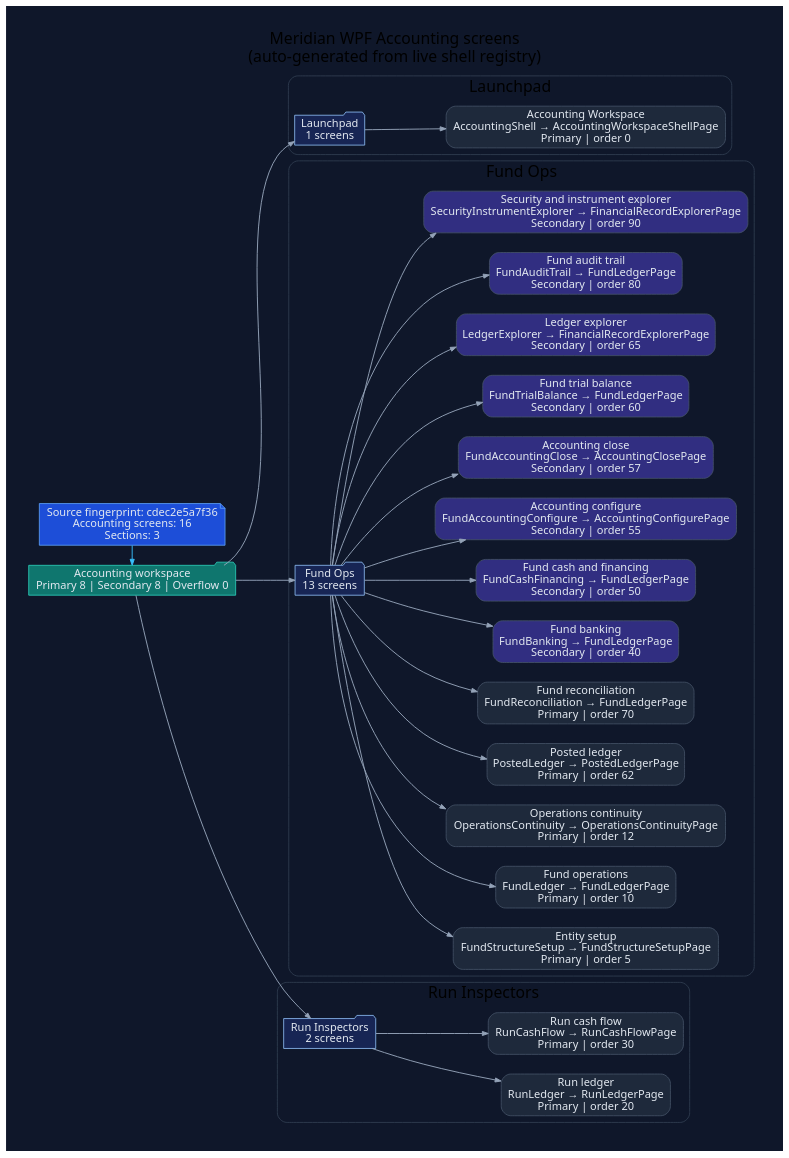
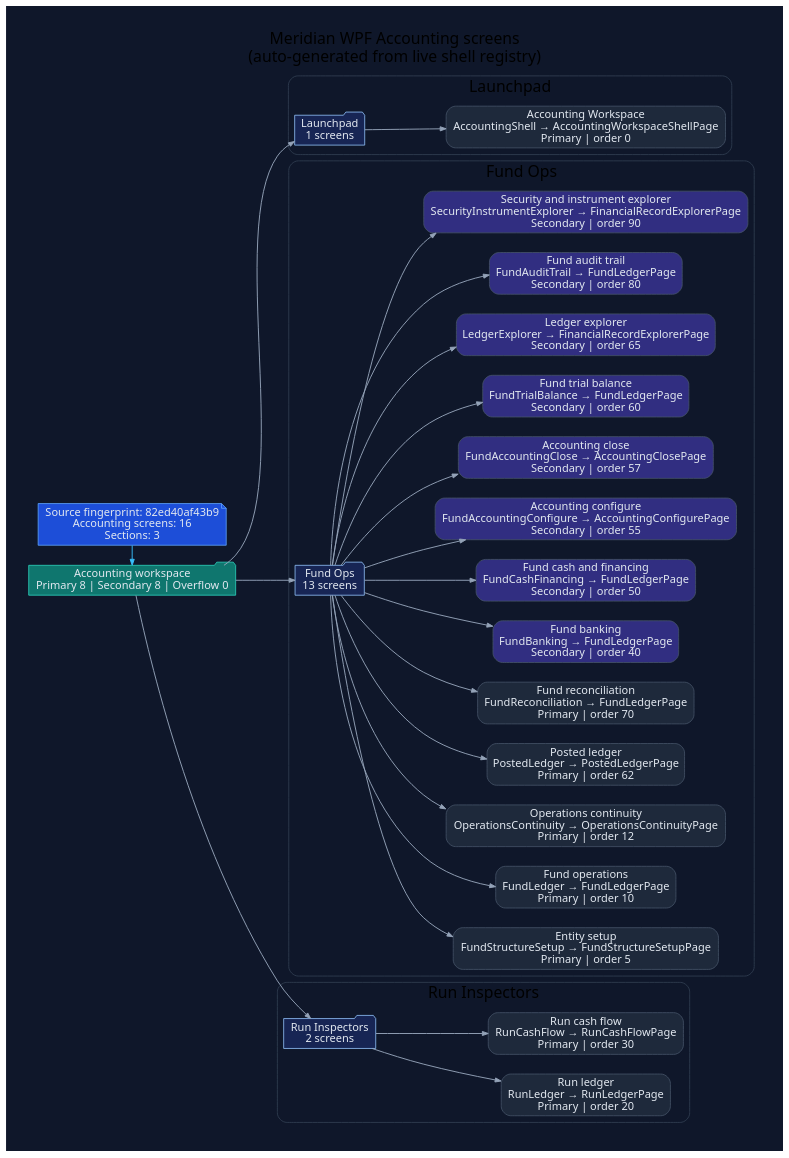
One commit to rodoHasArrived/Meridian-main changed the diagram in docs/diagrams/ui/ui-wpf-screens-accounting.dot. Above: the diagram before and after it, drawn with Graphviz. The commit also changed 49 other files, not shown here.

Commit message:
Refresh generated API coverage and workstation diagrams

```diff
--- a/docs/diagrams/ui/ui-wpf-screens-accounting.dot
+++ b/docs/diagrams/ui/ui-wpf-screens-accounting.dot
@@ -1,82 +1,82 @@
 // -----------------------------------------------------------------------------
 // <auto-generated>
 // Generated by scripts/generate-diagrams.mjs.
 // Do not edit this file directly; update the WPF source files instead.
 // -----------------------------------------------------------------------------
 digraph WpfAccountingScreens {
   graph [
     rankdir=LR,
     labelloc=t,
     label="Meridian WPF Accounting screens\n(auto-generated from live shell registry)",
     fontname="Segoe UI",
     fontsize=20,
     pad=0.4,
     nodesep=0.35,
     ranksep=0.85,
     bgcolor="#0f172a"
   ];
   node [fontname="Segoe UI", shape=box, style="rounded,filled", color="#475569", fontcolor="#e2e8f0", fillcolor="#1e293b"];
   edge [fontname="Segoe UI", color="#94a3b8", penwidth=1.2, arrowsize=0.75];
 
-  generated [shape=note, fillcolor="#1d4ed8", color="#60a5fa", label="Source fingerprint: cdec2e5a7f36\nAccounting screens: 16\nSections: 3"];
+  generated [shape=note, fillcolor="#1d4ed8", color="#60a5fa", label="Source fingerprint: 82ed40af43b9\nAccounting screens: 16\nSections: 3"];
   workspace [shape=folder, fillcolor="#0f766e", color="#2dd4bf", label="Accounting workspace\nPrimary 8 | Secondary 8 | Overflow 0"];
   generated -> workspace [color="#38bdf8"];
 
   subgraph cluster_section_1 {
     label="Launchpad";
     color="#334155";
     style="rounded";
     section_1 [shape=folder, fillcolor="#172554", color="#93c5fd", label="Launchpad\n1 screens"];
     workspace -> section_1;
     screen_AccountingShell [fillcolor="#1e293b", label="Accounting Workspace\nAccountingShell → AccountingWorkspaceShellPage\nPrimary | order 0"];
     section_1 -> screen_AccountingShell;
   }
 
   subgraph cluster_section_2 {
     label="Fund Ops";
     color="#334155";
     style="rounded";
     section_2 [shape=folder, fillcolor="#172554", color="#93c5fd", label="Fund Ops\n13 screens"];
     workspace -> section_2;
     screen_FundStructureSetup [fillcolor="#1e293b", label="Entity setup\nFundStructureSetup → FundStructureSetupPage\nPrimary | order 5"];
     section_2 -> screen_FundStructureSetup;
     screen_FundLedger [fillcolor="#1e293b", label="Fund operations\nFundLedger → FundLedgerPage\nPrimary | order 10"];
     section_2 -> screen_FundLedger;
     screen_OperationsContinuity [fillcolor="#1e293b", label="Operations continuity\nOperationsContinuity → OperationsContinuityPage\nPrimary | order 12"];
     section_2 -> screen_OperationsContinuity;
     screen_PostedLedger [fillcolor="#1e293b", label="Posted ledger\nPostedLedger → PostedLedgerPage\nPrimary | order 62"];
     section_2 -> screen_PostedLedger;
     screen_FundReconciliation [fillcolor="#1e293b", label="Fund reconciliation\nFundReconciliation → FundLedgerPage\nPrimary | order 70"];
     section_2 -> screen_FundReconciliation;
     screen_FundBanking [fillcolor="#312e81", label="Fund banking\nFundBanking → FundLedgerPage\nSecondary | order 40"];
     section_2 -> screen_FundBanking;
     screen_FundCashFinancing [fillcolor="#312e81", label="Fund cash and financing\nFundCashFinancing → FundLedgerPage\nSecondary | order 50"];
     section_2 -> screen_FundCashFinancing;
     screen_FundAccountingConfigure [fillcolor="#312e81", label="Accounting configure\nFundAccountingConfigure → AccountingConfigurePage\nSecondary | order 55"];
     section_2 -> screen_FundAccountingConfigure;
     screen_FundAccountingClose [fillcolor="#312e81", label="Accounting close\nFundAccountingClose → AccountingClosePage\nSecondary | order 57"];
     section_2 -> screen_FundAccountingClose;
     screen_FundTrialBalance [fillcolor="#312e81", label="Fund trial balance\nFundTrialBalance → FundLedgerPage\nSecondary | order 60"];
     section_2 -> screen_FundTrialBalance;
     screen_LedgerExplorer [fillcolor="#312e81", label="Ledger explorer\nLedgerExplorer → FinancialRecordExplorerPage\nSecondary | order 65"];
     section_2 -> screen_LedgerExplorer;
     screen_FundAuditTrail [fillcolor="#312e81", label="Fund audit trail\nFundAuditTrail → FundLedgerPage\nSecondary | order 80"];
     section_2 -> screen_FundAuditTrail;
     screen_SecurityInstrumentExplorer [fillcolor="#312e81", label="Security and instrument explorer\nSecurityInstrumentExplorer → FinancialRecordExplorerPage\nSecondary | order 90"];
     section_2 -> screen_SecurityInstrumentExplorer;
   }
 
   subgraph cluster_section_3 {
     label="Run Inspectors";
     color="#334155";
     style="rounded";
     section_3 [shape=folder, fillcolor="#172554", color="#93c5fd", label="Run Inspectors\n2 screens"];
     workspace -> section_3;
     screen_RunLedger [fillcolor="#1e293b", label="Run ledger\nRunLedger → RunLedgerPage\nPrimary | order 20"];
     section_3 -> screen_RunLedger;
     screen_RunCashFlow [fillcolor="#1e293b", label="Run cash flow\nRunCashFlow → RunCashFlowPage\nPrimary | order 30"];
     section_3 -> screen_RunCashFlow;
   }
 
   { rank=min; generated; workspace; }
 }
```
